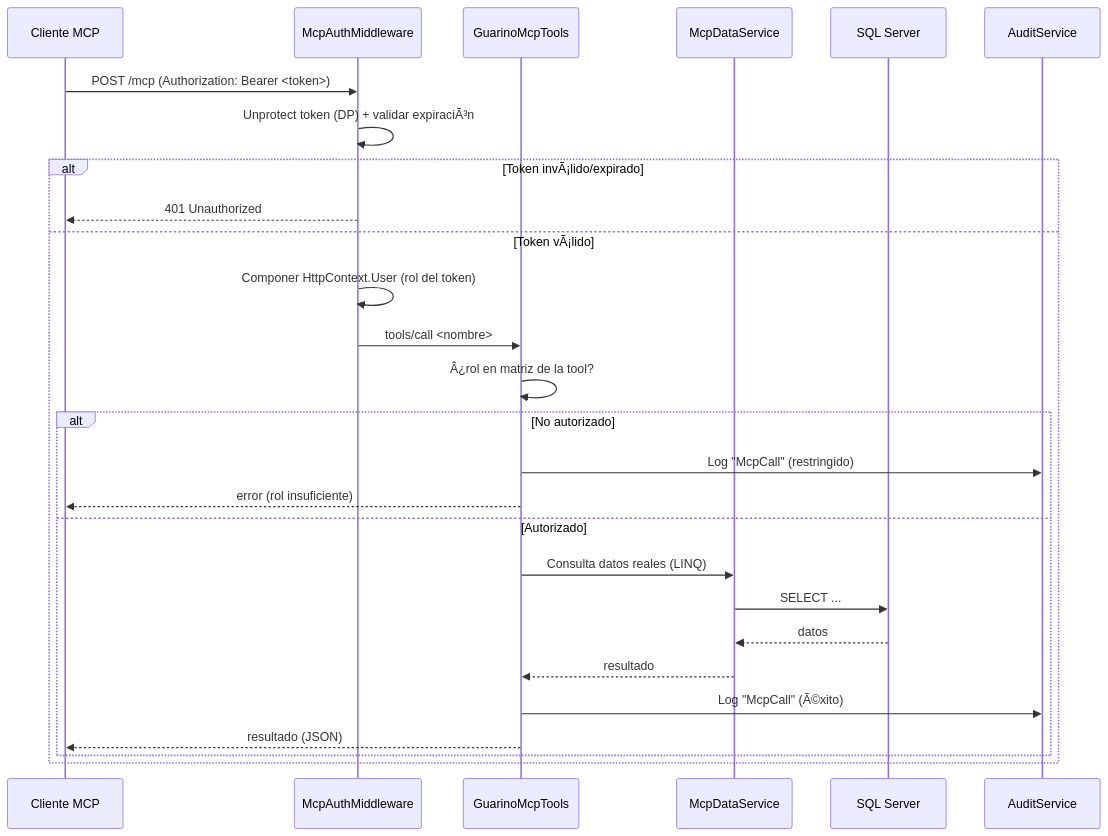
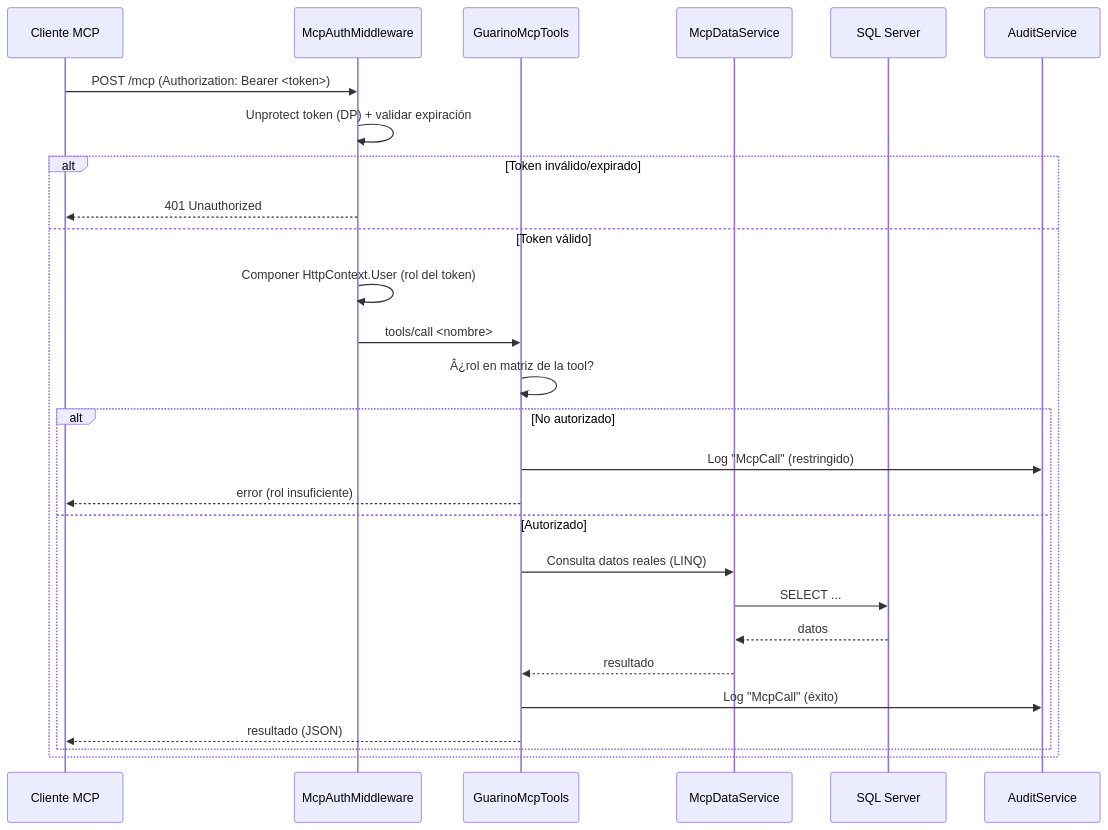
The seventh of 11 diagrams in docs/diagramas.md (adrian-silva-uy/guarino), drawn with Mermaid before and after one commit. The commit also changed other lines of this file and 21 other files, not shown here.

````diff
--- a/docs/diagramas.md
+++ b/docs/diagramas.md
@@ -211,30 +211,30 @@
 ```mermaid
 sequenceDiagram
     participant C as Cliente MCP
     participant MW as McpAuthMiddleware
     participant T as GuarinoMcpTools
     participant D as McpDataService
     participant DB as SQL Server
     participant AU as AuditService
 
     C->>MW: POST /mcp (Authorization: Bearer <token>)
-    MW->>MW: Unprotect token (DP) + validar expiraciÃ³n
-    alt Token invÃ¡lido/expirado
+    MW->>MW: Unprotect token (DP) + validar expiración
+    alt Token inválido/expirado
         MW-->>C: 401 Unauthorized
-    else Token vÃ¡lido
+    else Token válido
         MW->>MW: Componer HttpContext.User (rol del token)
         MW->>T: tools/call <nombre>
         T->>T: Â¿rol en matriz de la tool?
         alt No autorizado
             T->>AU: Log "McpCall" (restringido)
             T-->>C: error (rol insuficiente)
         else Autorizado
             T->>D: Consulta datos reales (LINQ)
             D->>DB: SELECT ...
             DB-->>D: datos
             D-->>T: resultado
-            T->>AU: Log "McpCall" (Ã©xito)
+            T->>AU: Log "McpCall" (éxito)
             T-->>C: resultado (JSON)
         end
     end
 ```
````
